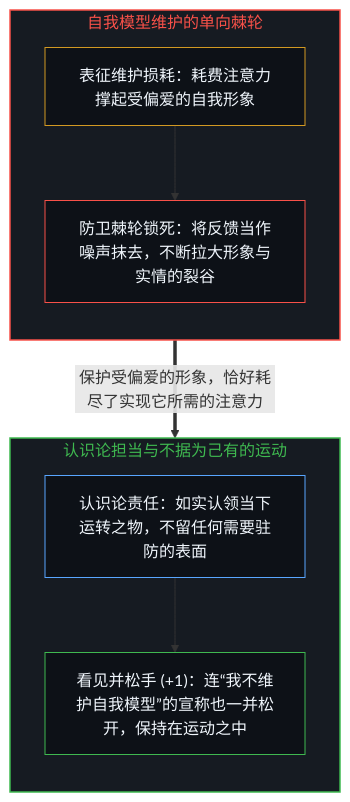
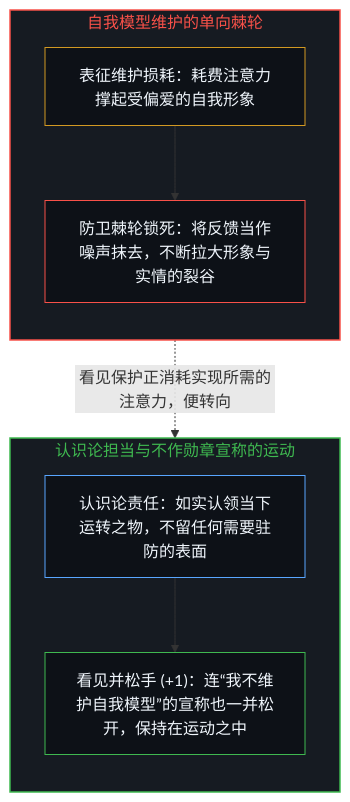
One commit to powerpig99/not-a-toe changed the first of 2 diagrams in content/posts/the-maintenance-paradox.md. Above: the diagram before and after it, drawn with Mermaid. The commit also changed other lines of this file and 1 other file, not shown here.

````diff
--- a/content/posts/the-maintenance-paradox.md
+++ b/content/posts/the-maintenance-paradox.md
@@ -17,22 +17,22 @@
 ```mermaid
 flowchart TD
     subgraph S_Ratchet["自我模型维护的单向棘轮"]
         direction TB
         Guard["表征维护损耗：耗费注意力撑起受偏爱的自我形象"]
         Ratchet["防卫棘轮锁死：将反馈当作噪声抹去，不断拉大形象与实情的裂谷"]
         Guard --> Ratchet
     end
-    subgraph S_Release["认识论担当与不据为己有的运动"]
+    subgraph S_Release["认识论担当与不作勋章宣称的运动"]
         direction TB
         Own["认识论责任：如实认领当下运转之物，不留任何需要驻防的表面"]
         Move["看见并松手 (+1)：连“我不维护自我模型”的宣称也一并松开，保持在运动之中"]
         Own --> Move
     end
-    Ratchet ==>|"保护受偏爱的形象，恰好耗尽了实现它所需的注意力"| Own
+    Ratchet -.->|"看见保护正消耗实现所需的注意力，便转向"| Own
     style S_Ratchet fill:#161b22,stroke:#f85149,stroke-width:1.5px,color:#f85149
     style S_Release fill:#161b22,stroke:#3fb950,stroke-width:1.5px,color:#3fb950
     style Guard fill:#0d1117,stroke:#d29922,stroke-width:1px,color:#f0f6fc
     style Ratchet fill:#0d1117,stroke:#f85149,stroke-width:1px,color:#f0f6fc
     style Own fill:#0d1117,stroke:#58a6ff,stroke-width:1px,color:#f0f6fc
     style Move fill:#0d1117,stroke:#3fb950,stroke-width:1px,color:#f0f6fc
 ```
````
